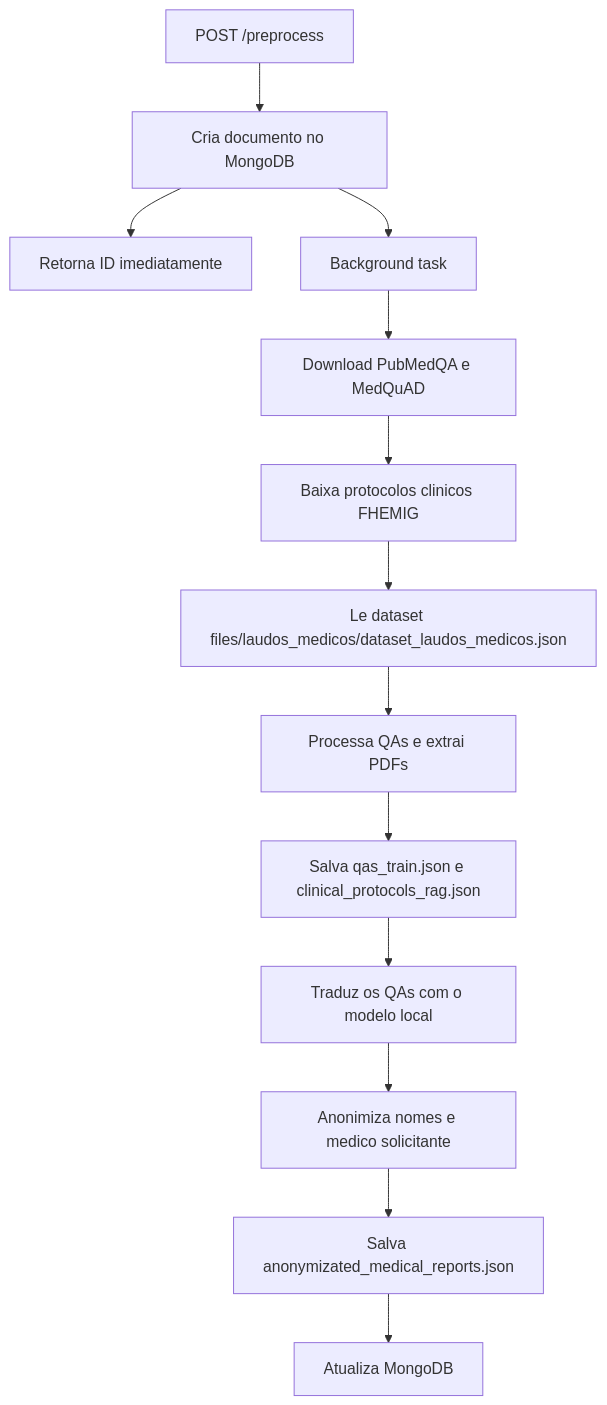
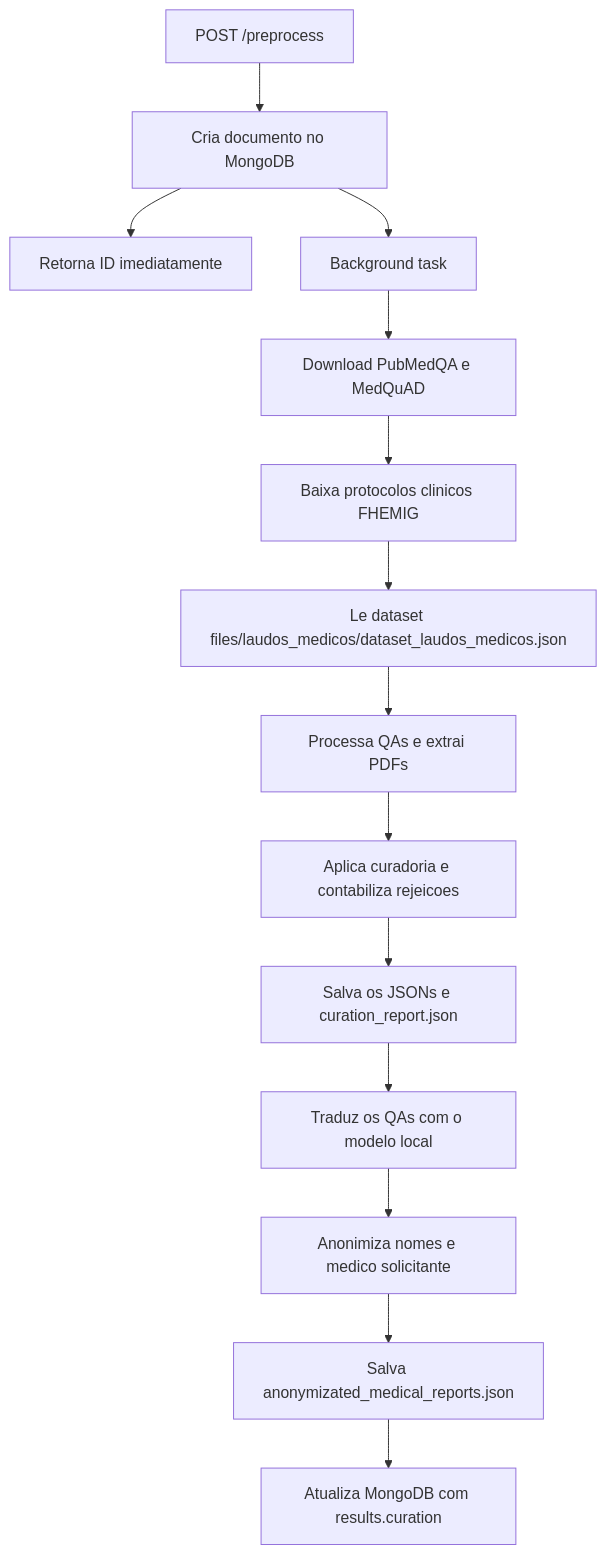
Before and after one commit to vagner-nascimento/fiap-pos-ia-para-devs-fase3-tech-challenge: the diagram in backend/README.md, drawn with Mermaid. The commit also changed other lines of this file and 7 other files, not shown here.

````diff
--- a/backend/README.md
+++ b/backend/README.md
@@ -421,15 +440,16 @@
 ```mermaid
 flowchart TD
     A[POST /preprocess] --> B[Cria documento no MongoDB]
     B --> C[Retorna ID imediatamente]
     B --> D[Background task]
     D --> E[Download PubMedQA e MedQuAD]
     E --> F[Baixa protocolos clinicos FHEMIG]
     F --> G[Le dataset files/laudos_medicos/dataset_laudos_medicos.json]
     G --> H[Processa QAs e extrai PDFs]
-    H --> I[Salva qas_train.json e clinical_protocols_rag.json]
-    I --> J[Traduz os QAs com o modelo local]
-    J --> K[Anonimiza nomes e medico solicitante]
-    K --> L[Salva anonymizated_medical_reports.json]
-    L --> M[Atualiza MongoDB]
+    H --> I[Aplica curadoria e contabiliza rejeicoes]
+    I --> J[Salva os JSONs e curation_report.json]
+    J --> K[Traduz os QAs com o modelo local]
+    K --> L[Anonimiza nomes e medico solicitante]
+    L --> M[Salva anonymizated_medical_reports.json]
+    M --> N[Atualiza MongoDB com results.curation]
 ```
````
